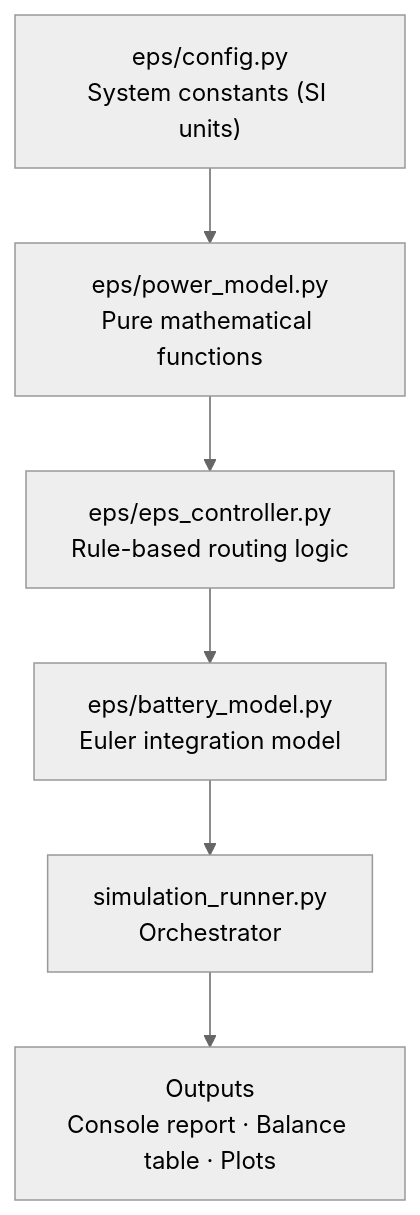
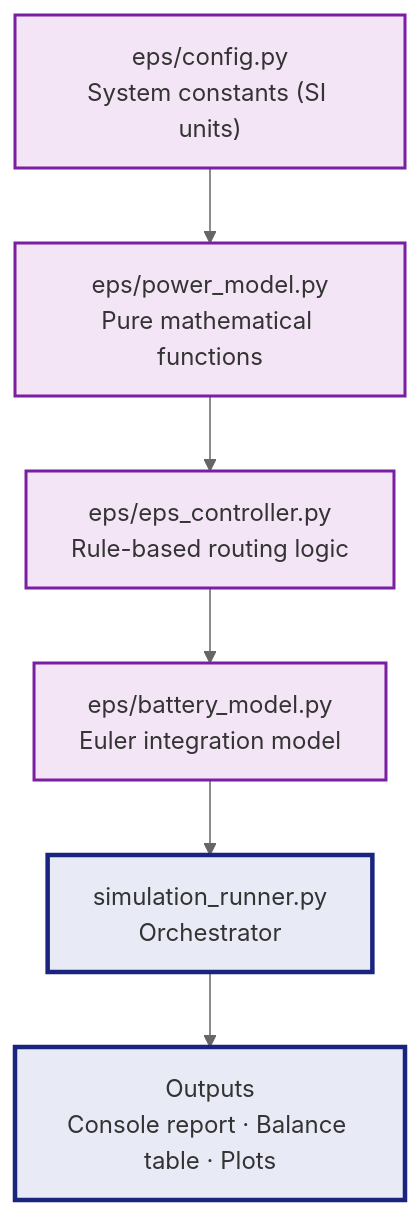
One commit to chetan0021/spacecraft-eps-power-budget changed the fifth of 8 diagrams in README.md. Above: the diagram before and after it, drawn with Mermaid (neutral theme). The commit also changed other lines of this file, not shown here.

Commit message:
docs: improve diagram readability and add spacecraft architecture outline

````diff
--- a/README.md
+++ b/README.md
@@ -145,15 +206,20 @@
 ```mermaid
 flowchart TD
-    Config["eps/config.py\nSystem constants (SI units)"]
-    PowerModel["eps/power_model.py\nPure mathematical functions"]
-    EPSController["eps/eps_controller.py\nRule-based routing logic"]
-    BatteryModel["eps/battery_model.py\nEuler integration model"]
-    SimulationRunner["simulation_runner.py\nOrchestrator"]
-    Results["Outputs\nConsole report · Balance table · Plots"]
+    %% Styling
+    classDef default font-family:Inter,font-size:16px,color:#333,stroke-width:2px;
+    classDef logic fill:#f3e5f5,stroke:#7b1fa2,stroke-width:2px;
+    classDef runner fill:#e8eaf6,stroke:#1a237e,stroke-width:3px;
+
+    Config["eps/config.py\nSystem constants (SI units)"]:::logic
+    PowerModel["eps/power_model.py\nPure mathematical functions"]:::logic
+    EPSController["eps/eps_controller.py\nRule-based routing logic"]:::logic
+    BatteryModel["eps/battery_model.py\nEuler integration model"]:::logic
+    SimulationRunner["simulation_runner.py\nOrchestrator"]:::runner
+    Results["Outputs\nConsole report · Balance table · Plots"]:::runner
 
     Config --> PowerModel
     PowerModel --> EPSController
     EPSController --> BatteryModel
     BatteryModel --> SimulationRunner
     SimulationRunner --> Results
 ```
````
